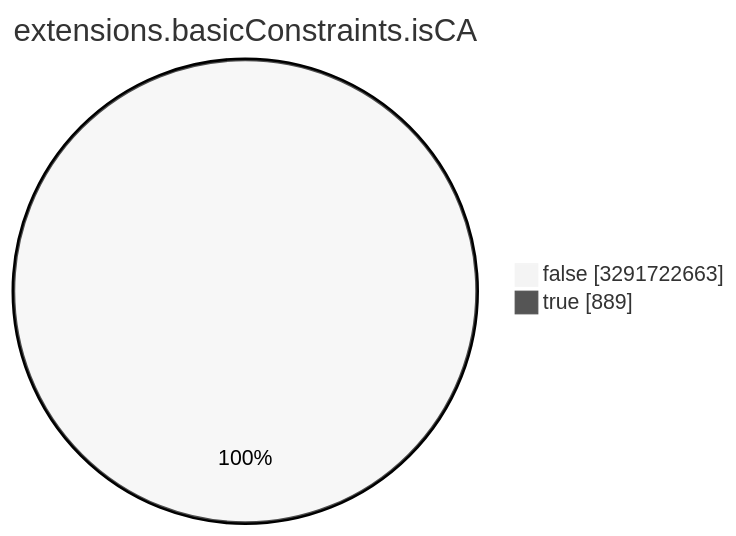
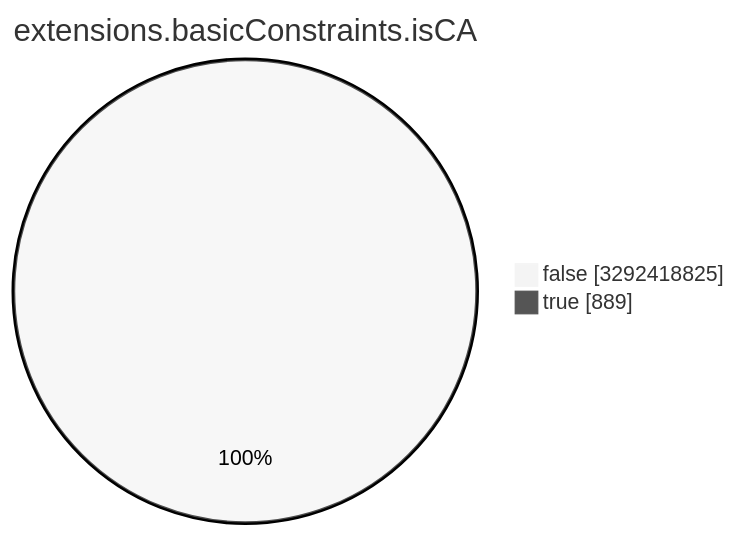
Before and after one commit to christiankrug/ctmonitor_visualization: the seventh of 15 diagrams in TOTAL/README.md, drawn with Mermaid (neutral theme). The commit also changed other lines of this file, not shown here.

````diff
--- a/TOTAL/README.md
+++ b/TOTAL/README.md
@@ -3089,6 +3089,6 @@
 ```mermaid
 pie showData
 title extensions.basicConstraints.isCA
-"false" :3291722663
+"false" :3292418825
 "true" :889
 ```
````
